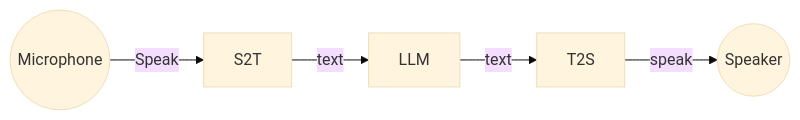
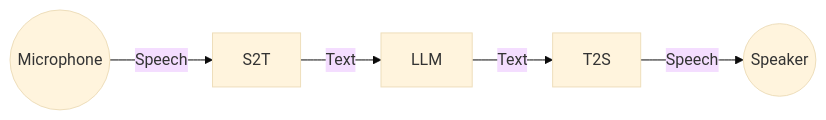
Before and after one commit to julienbltt/commpanion-chatbot: the diagram in README.md, drawn with Mermaid (base theme). The commit also changed other lines of this file and 1 other file, not shown here.

````diff
--- a/README.md
+++ b/README.md
@@ -4,7 +7,7 @@
 ```mermaid
 flowchart LR
-    A((Microphone)) -->|Speak| B[S2T]
-    B -->|text| C[LLM]
-    C -->|text| D[T2S]
-    D -->|speak| E((Speaker))
+    A((Microphone)) -->|Speech| B[S2T]
+    B -->|Text| C[LLM]
+    C -->|Text| D[T2S]
+    D -->|Speech| E((Speaker))
 ```
````
